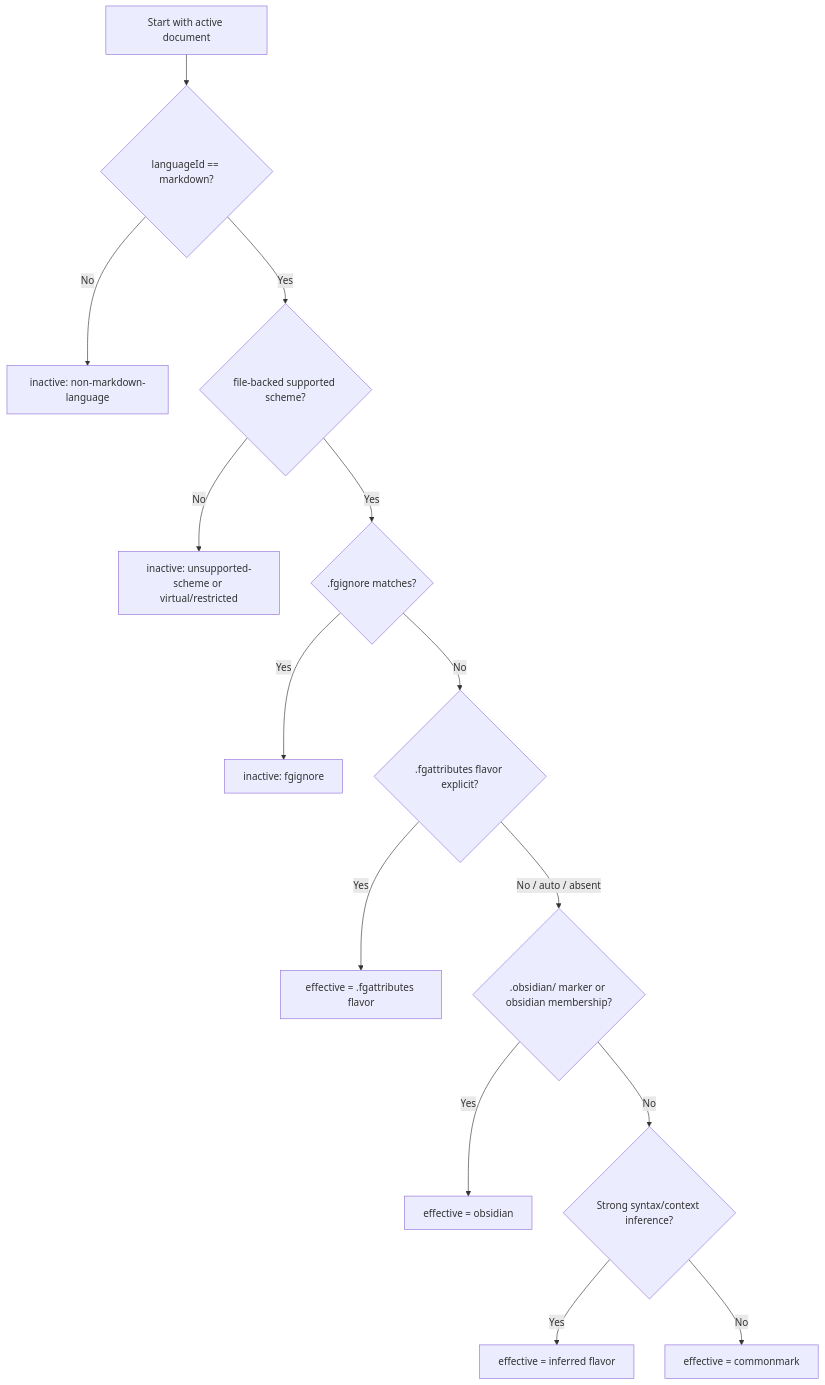
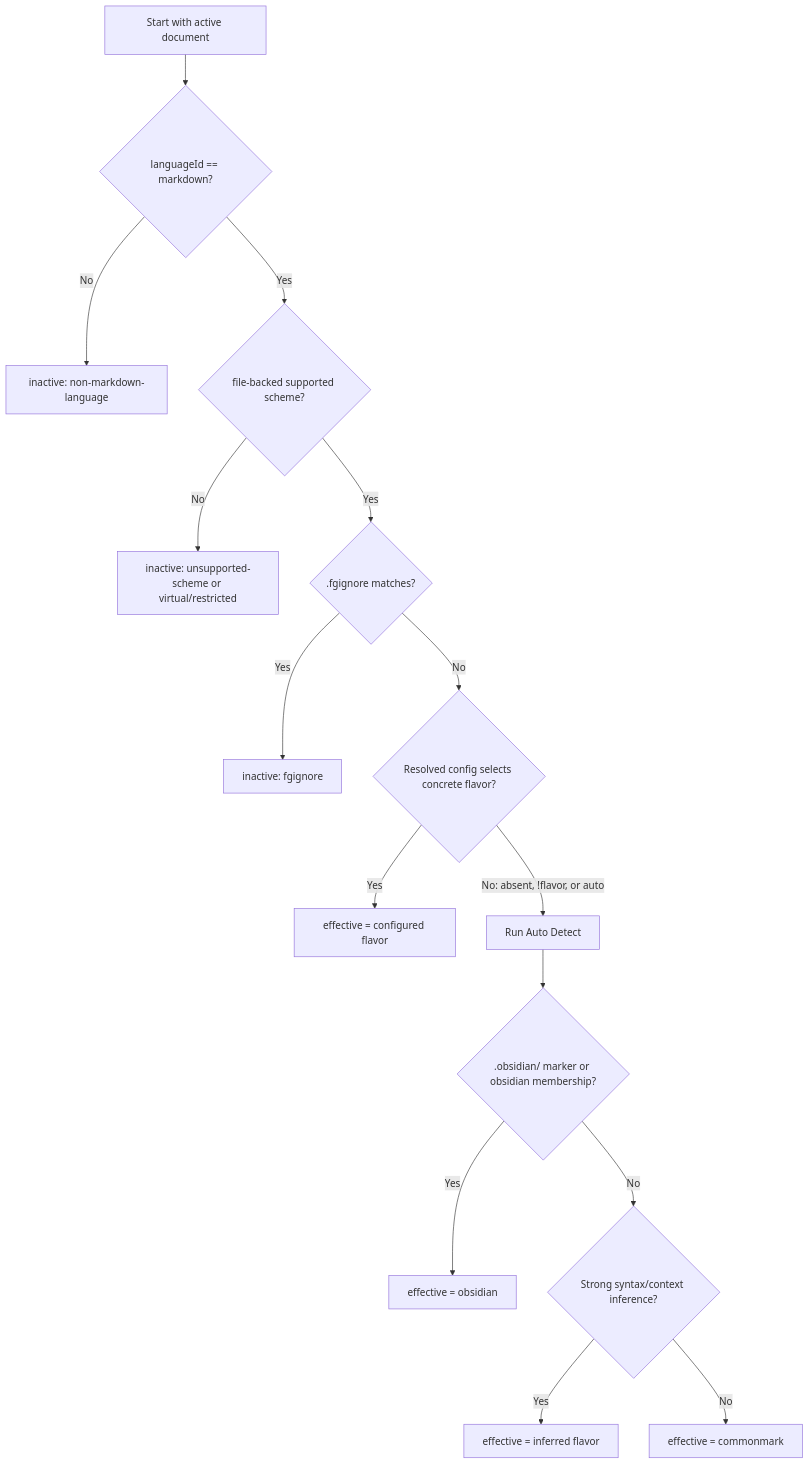
Before and after one commit to alisonaquinas/flavor-grenade-lsp: the diagram in docs/design/markdown-flavor-auto-detection.md, drawn with Mermaid. The commit also changed other lines of this file, not shown here.

Commit message:
docs: separate auto detect from flavor config

````diff
--- a/docs/design/markdown-flavor-auto-detection.md
+++ b/docs/design/markdown-flavor-auto-detection.md
@@ -173,16 +186,17 @@
 ```mermaid
 flowchart TD
   A["Start with active document"] --> B{"languageId == markdown?"}
   B -- "No" --> Z1["inactive: non-markdown-language"]
   B -- "Yes" --> C{"file-backed supported scheme?"}
   C -- "No" --> Z2["inactive: unsupported-scheme or virtual/restricted"]
   C -- "Yes" --> D{".fgignore matches?"}
   D -- "Yes" --> Z3["inactive: fgignore"]
-  D -- "No" --> G{".fgattributes flavor explicit?"}
-  G -- "Yes" --> R4["effective = .fgattributes flavor"]
-  G -- "No / auto / absent" --> I{".obsidian/ marker or obsidian membership?"}
+  D -- "No" --> G{"Resolved config selects concrete flavor?"}
+  G -- "Yes" --> R4["effective = configured flavor"]
+  G -- "No: absent, !flavor, or auto" --> H["Run Auto Detect"]
+  H --> I{".obsidian/ marker or obsidian membership?"}
   I -- "Yes" --> R5["effective = obsidian"]
   I -- "No" --> K{"Strong syntax/context inference?"}
   K -- "Yes" --> R6["effective = inferred flavor"]
   K -- "No" --> R8["effective = commonmark"]
 ```
````
